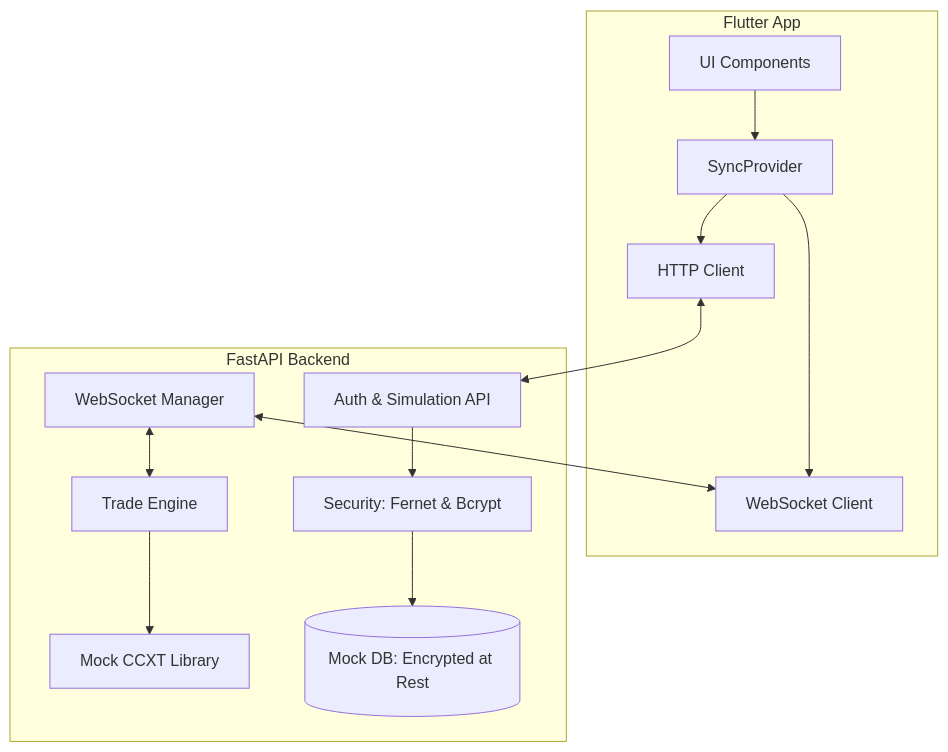
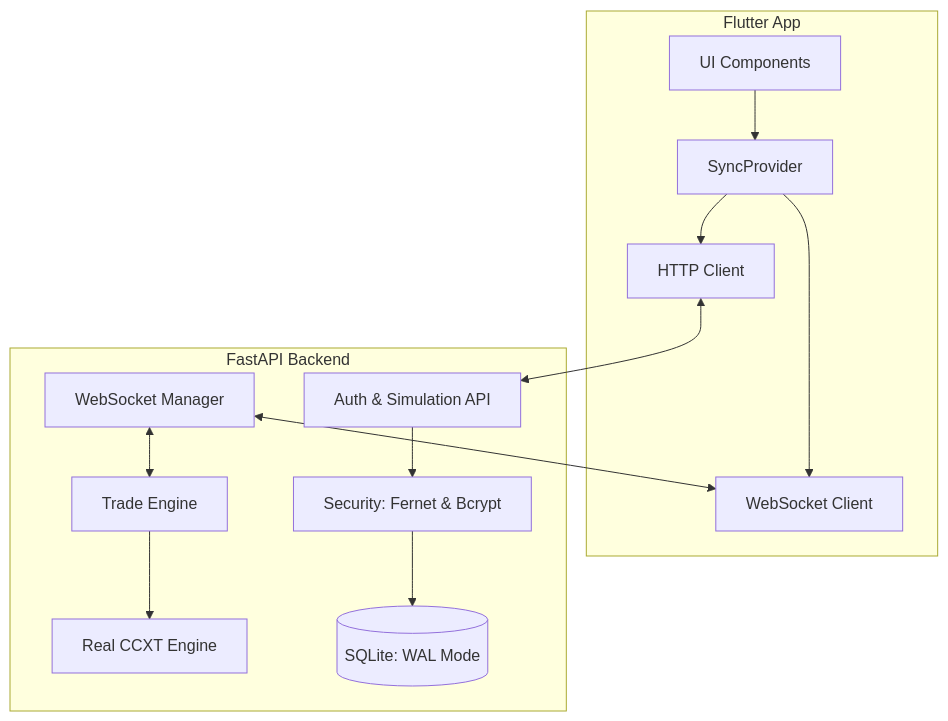
One commit to victory65/crypto_sync changed the diagram in docs/ARCHITECTURAL_DECISIONS.md. Above: the diagram before and after it, drawn with Mermaid. The commit also changed other lines of this file and 58 other files, not shown here.

````diff
--- a/docs/ARCHITECTURAL_DECISIONS.md
+++ b/docs/ARCHITECTURAL_DECISIONS.md
@@ -9,17 +9,17 @@
 ```mermaid
 graph TD
     subgraph Flutter App
         UI[UI Components] --> SP[SyncProvider]
         SP --> WS_C[WebSocket Client]
         SP --> HTTP[HTTP Client]
     end
 
     subgraph FastAPI Backend
         WS_M[WebSocket Manager] <--> WS_C
         HTTP <--> REST[Auth & Simulation API]
         REST --> SEC[Security: Fernet & Bcrypt]
         WS_M <--> ENG[Trade Engine]
-        ENG --> CCXT[Mock CCXT Library]
-        SEC --> DB[(Mock DB: Encrypted at Rest)]
+        ENG --> CCXT[Real CCXT Engine]
+        SEC --> DB[(SQLite: WAL Mode)]
     end
 ```
````
